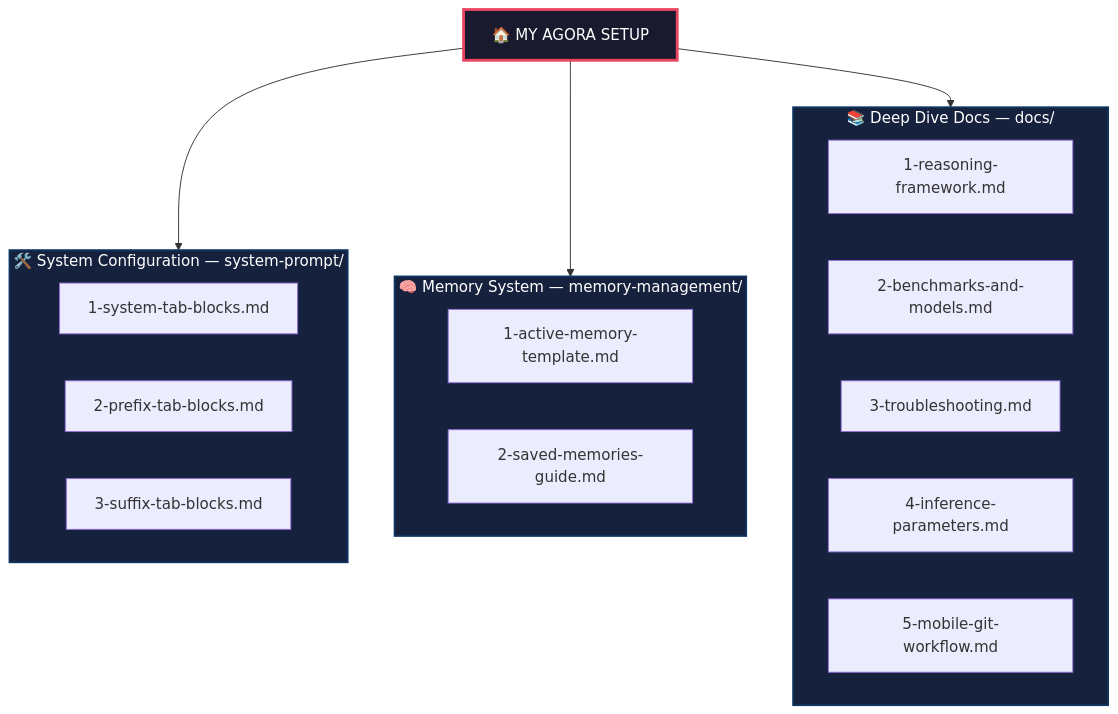
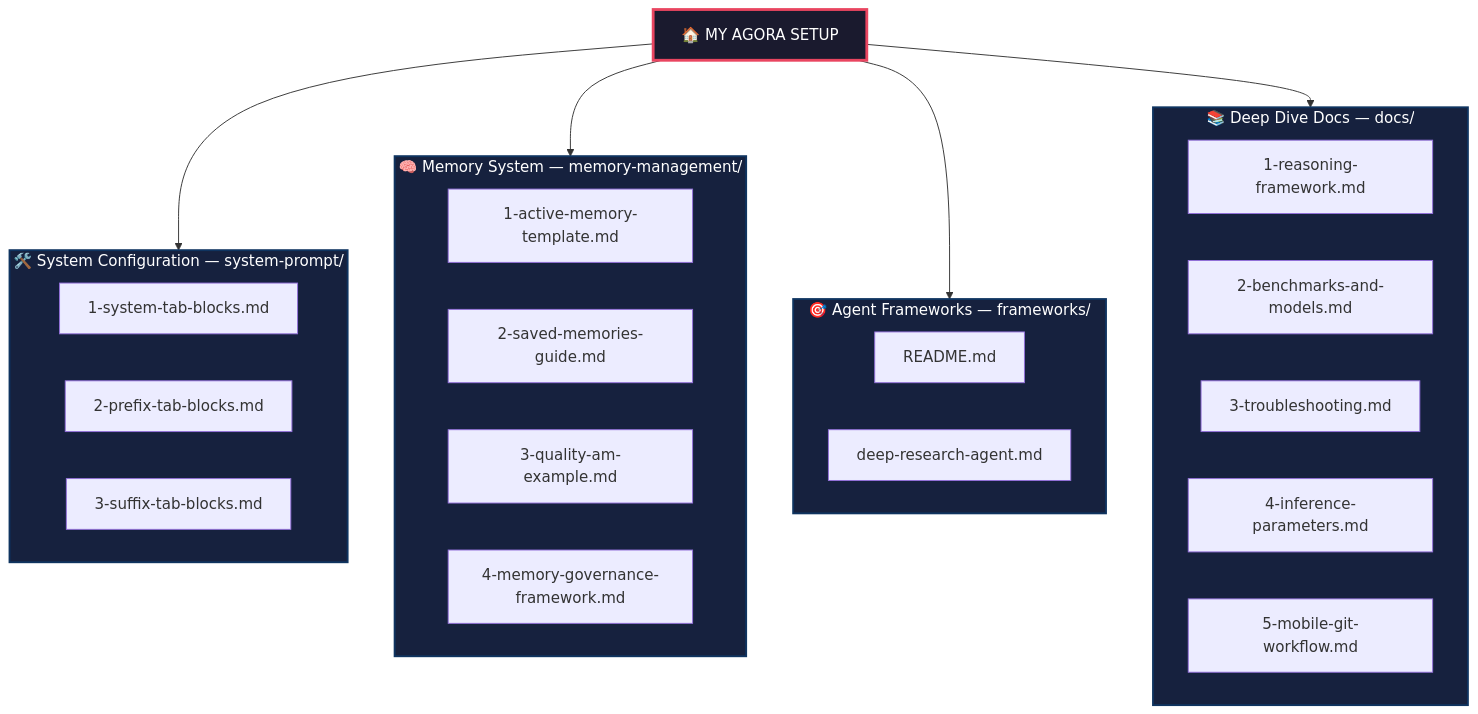
The diagram in README.md (painter99/agora-pro-setup), drawn with Mermaid before and after one commit. The commit also changed other lines of this file and 1 other file, not shown here.

Commit message:
docs: link example & framework in template and README
- Add Companion Resources section to Active Memory template pointing
  to the quality example and the governance framework.
- Add new files 3 and 4 to the Repository Map (Mermaid diagram).
- Add the frameworks/ subgraph to the Repository Map.
- Expand Quick Start step 3 with references to the example and
  framework.
- Add Quick Start step 5 for optional Agent Skills (frameworks/).

````diff
--- a/README.md
+++ b/README.md
@@ -13,32 +13,41 @@
 ```mermaid
 flowchart TD
     A["🏠 MY AGORA SETUP"]
     
     subgraph sys ["🛠️ System Configuration — system-prompt/"]
         B1["1-system-tab-blocks.md"]
         B2["2-prefix-tab-blocks.md"]
         B3["3-suffix-tab-blocks.md"]
     end
     
     subgraph mem ["🧠 Memory System — memory-management/"]
         C1["1-active-memory-template.md"]
         C2["2-saved-memories-guide.md"]
+        C3["3-quality-am-example.md"]
+        C4["4-memory-governance-framework.md"]
     end
-    
+
+    subgraph fwk ["🎯 Agent Frameworks — frameworks/"]
+        F1["README.md"]
+        F2["deep-research-agent.md"]
+    end
+
     subgraph doc ["📚 Deep Dive Docs — docs/"]
         D1["1-reasoning-framework.md"]
         D2["2-benchmarks-and-models.md"]
         D3["3-troubleshooting.md"]
         D4["4-inference-parameters.md"]
         D5["5-mobile-git-workflow.md"]
     end
-    
+
     A --> sys
     A --> mem
+    A --> fwk
     A --> doc
     
     style A fill:#1a1a2e,stroke:#e94560,color:#fff,stroke-width:3px
     style sys fill:#16213e,stroke:#0f3460,color:#fff,stroke-width:2px
     style mem fill:#16213e,stroke:#0f3460,color:#fff,stroke-width:2px
+    style fwk fill:#16213e,stroke:#0f3460,color:#fff,stroke-width:2px
     style doc fill:#16213e,stroke:#0f3460,color:#fff,stroke-width:2px
 ```
````
